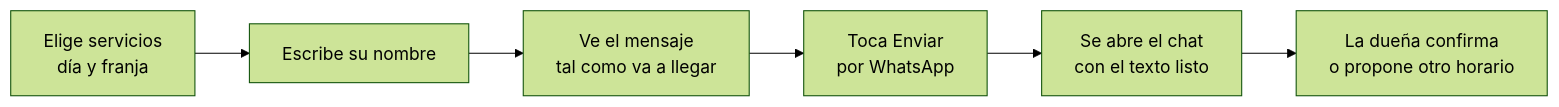
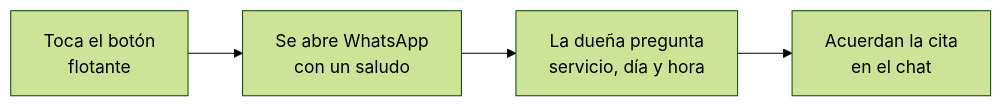
The fifth of 7 diagrams in docs/arquitectura.md (Alejandro-Paz05/Proyecto_ISW2), drawn with Mermaid (forest theme) before and after one commit. The commit also changed other lines of this file and 20 other files, not shown here.

First line of the commit message:
feat(citas): reemplazar el formulario por un boton flotante de WhatsApp

````diff
--- a/docs/arquitectura.md
+++ b/docs/arquitectura.md
@@ -170,8 +169,6 @@
 ```mermaid
 flowchart LR
-    a["Elige servicios<br/>día y franja"] --> b["Escribe su nombre"]
-    b --> c["Ve el mensaje<br/>tal como va a llegar"]
-    c --> d["Toca Enviar<br/>por WhatsApp"]
-    d --> e["Se abre el chat<br/>con el texto listo"]
-    e --> f["La dueña confirma<br/>o propone otro horario"]
+    a["Toca el botón<br/>flotante"] --> b["Se abre WhatsApp<br/>con un saludo"]
+    b --> c["La dueña pregunta<br/>servicio, día y hora"]
+    c --> d["Acuerdan la cita<br/>en el chat"]
 ```
````
